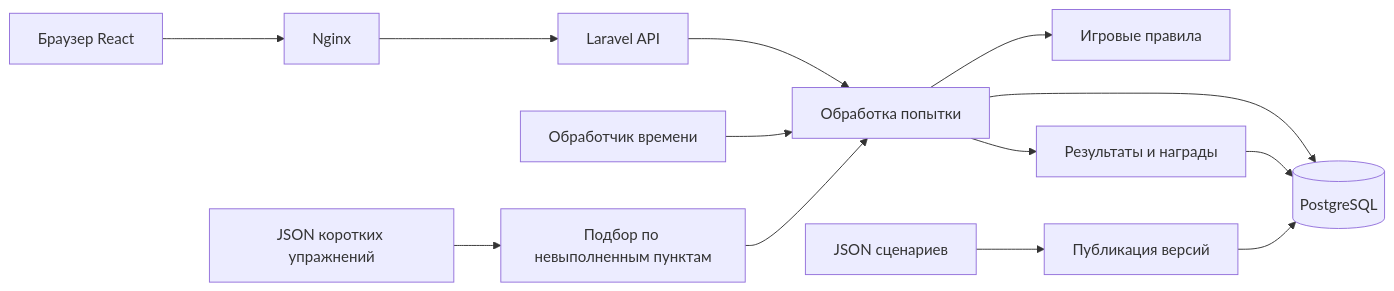
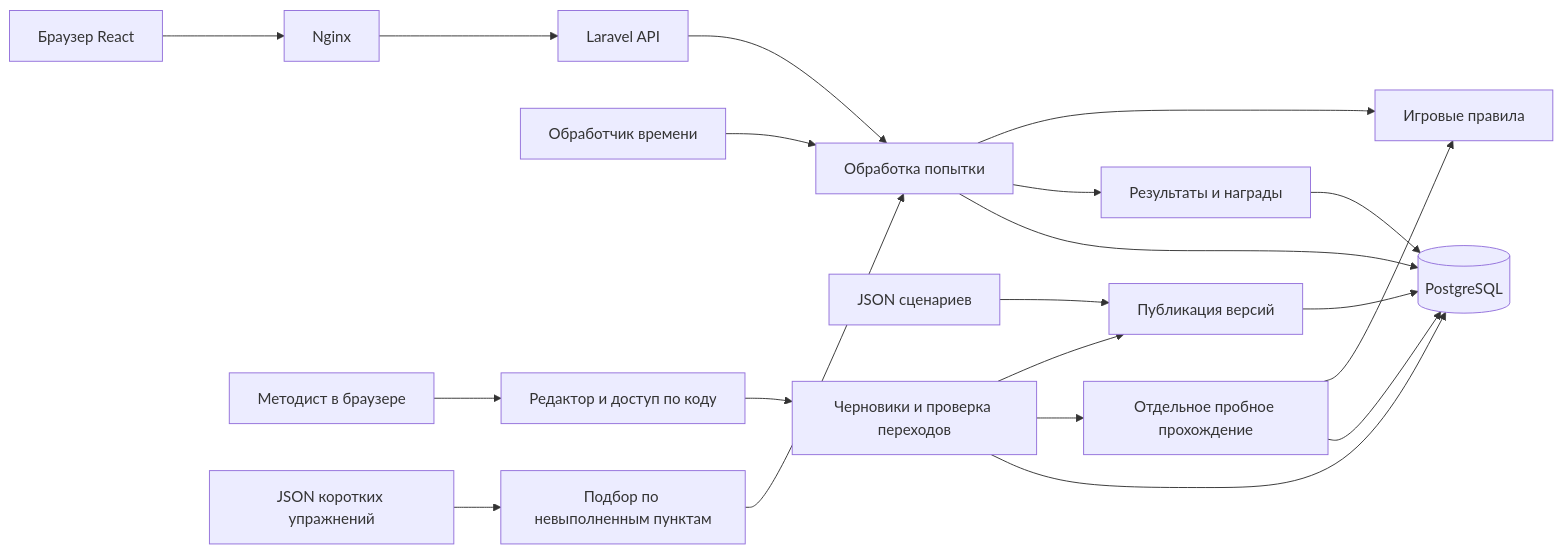
One commit to proger89/test123334 changed the first of 2 diagrams in docs/architecture.md. Above: the diagram before and after it, drawn with Mermaid. The commit also changed other lines of this file and 13 other files, not shown here.

````diff
--- a/docs/architecture.md
+++ b/docs/architecture.md
@@ -3,15 +3,22 @@
 ```mermaid
 flowchart LR
   Player[Браузер React] --> Web[Nginx]
   Web --> API[Laravel API]
   API --> Service[Обработка попытки]
   Worker[Обработчик времени] --> Service
   Service --> Engine[Игровые правила]
   Service --> Progress[Результаты и награды]
   Service --> DB[(PostgreSQL)]
   Progress --> DB
   Content[JSON сценариев] --> Catalog[Публикация версий]
   Catalog --> DB
+  Author[Методист в браузере] --> Editor[Редактор и доступ по коду]
+  Editor --> Drafts[Черновики и проверка переходов]
+  Drafts --> Catalog
+  Drafts --> Preview[Отдельное пробное прохождение]
+  Preview --> Engine
+  Drafts --> DB
+  Preview --> DB
   Exercises[JSON коротких упражнений] --> Practice[Подбор по невыполненным пунктам]
   Practice --> Service
 ```
````
